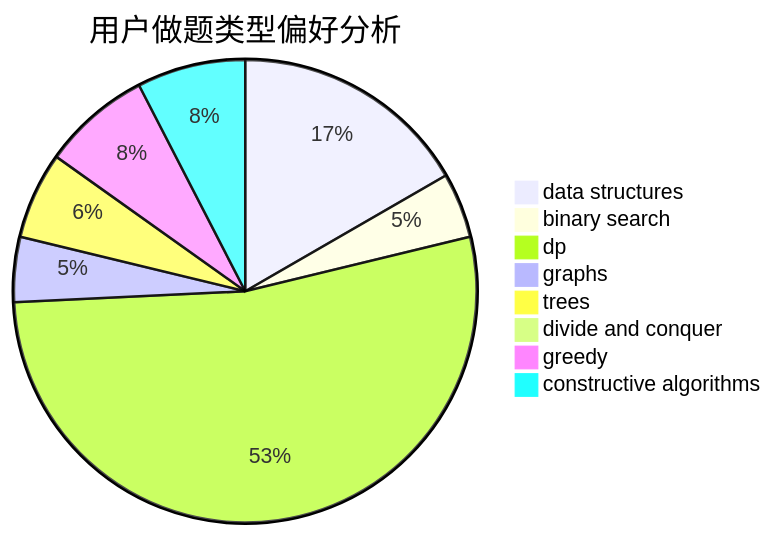
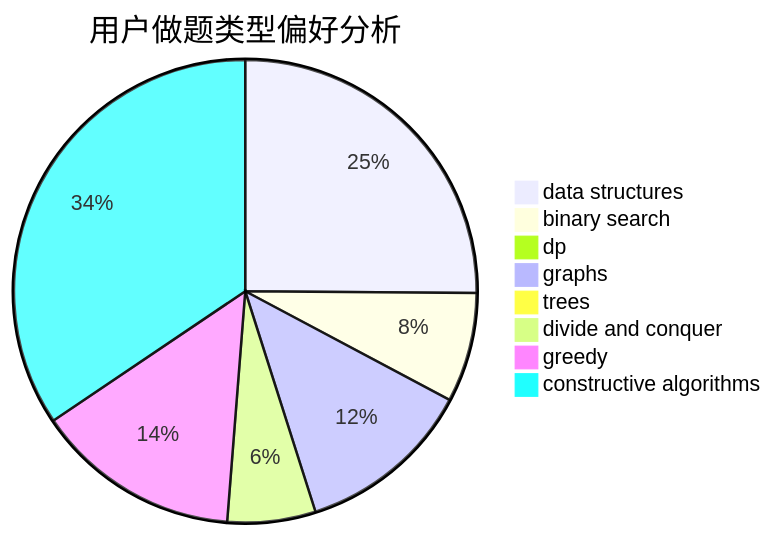
One commit to sherpahu/cfrs.github.io changed the second of 3 diagrams in docs/user/u1100.md. Above: the diagram before and after it, drawn with Mermaid. The commit also changed other lines of this file and 2770 other files, not shown here.

````diff
--- a/docs/user/u1100.md
+++ b/docs/user/u1100.md
@@ -23,11 +23,11 @@
 ```mermaid
 pie title 用户做题类型偏好分析
-    "data structures" :  11
-    "binary search" :  3
-    "dp" :  35
-    "graphs" :  3
-    "trees" :  4
-    "divide and conquer" :  0
-    "greedy" :  5
-    "constructive algorithms" :  5
+    "data structures" :  151
+    "binary search" :  46
+    "dp" :  6
+    "graphs" :  74
+    "trees" :  0
+    "divide and conquer" :  37
+    "greedy" :  86
+    "constructive algorithms" :  207
 ```
````
